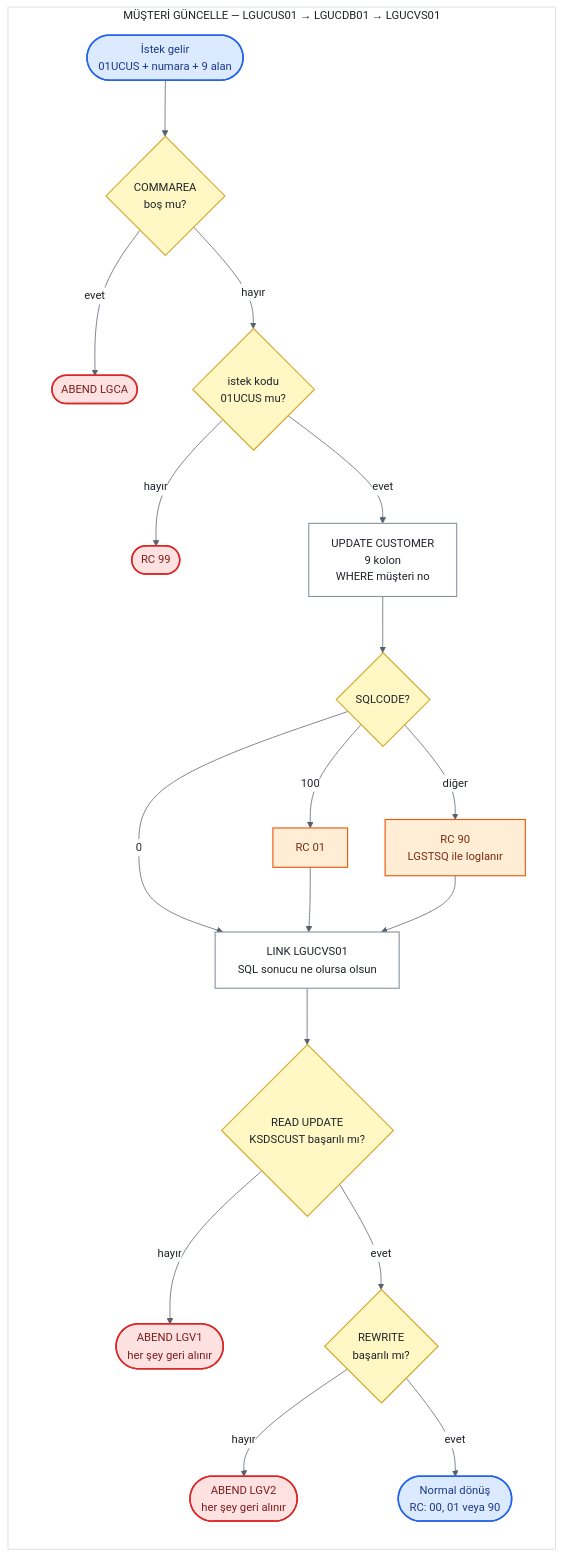
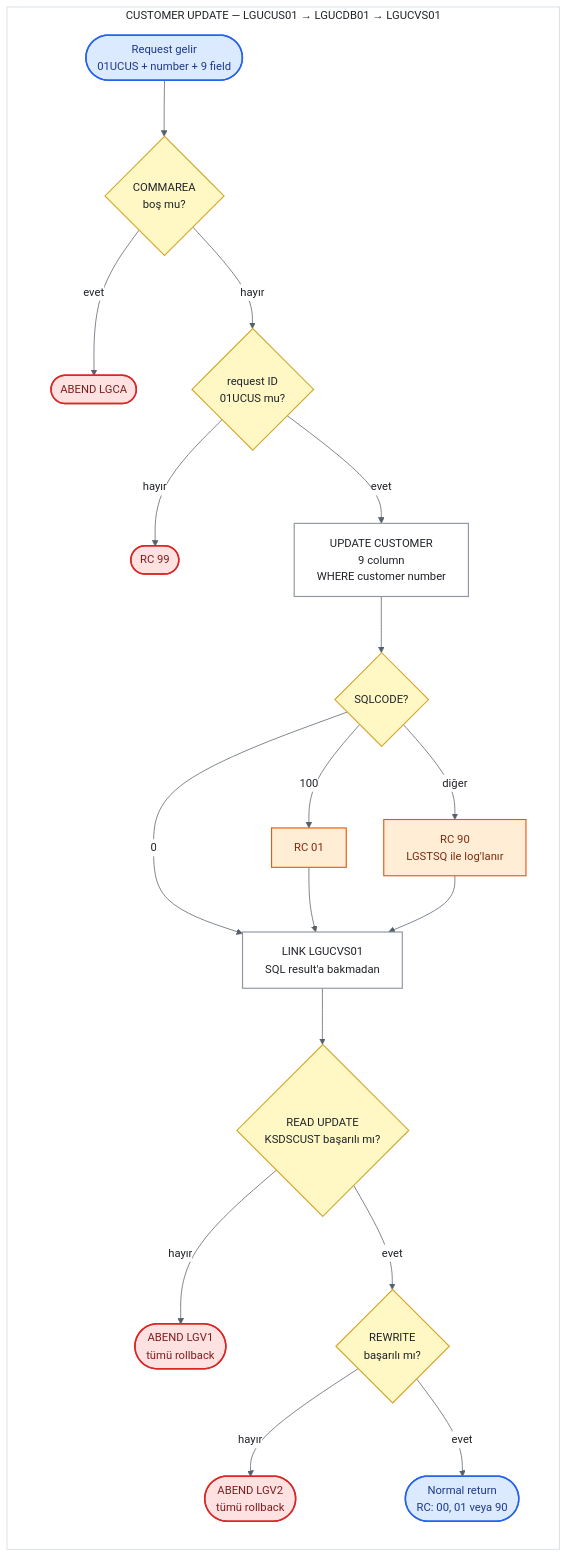
Before and after one commit to sertugser/genapp-dotnet: the diagram in legacy-analysis/use-cases/03-customer-update.md, drawn with Mermaid. The commit also changed other lines of this file and 2 other files, not shown here.

First line of the commit message:
Keep software terms in English in the customer use-case docs

````diff
--- a/legacy-analysis/use-cases/03-customer-update.md
+++ b/legacy-analysis/use-cases/03-customer-update.md
@@ -27,50 +27,48 @@
 ```mermaid
 %%{init: {"theme": "base", "look": "classic", "themeVariables": {"background": "#ffffff", "primaryColor": "#ffffff", "primaryTextColor": "#1f2328", "primaryBorderColor": "#8c959f", "lineColor": "#57606a", "textColor": "#1f2328", "titleColor": "#1f2328", "clusterBkg": "#ffffff", "clusterBorder": "#d0d7de", "edgeLabelBackground": "#ffffff", "fontSize": "15px"}}}%%
 flowchart TD
-    subgraph ZEMIN["MÜŞTERİ GÜNCELLE — LGUCUS01 → LGUCDB01 → LGUCVS01"]
+    subgraph ZEMIN["CUSTOMER UPDATE — LGUCUS01 → LGUCDB01 → LGUCVS01"]
         direction TD
-        S(["İstek gelir<br/>01UCUS + numara + 9 alan"])
+        S(["Request gelir<br/>01UCUS + number + 9 field"])
         Q1{"COMMAREA<br/>boş mu?"}
-        Q2{"istek kodu<br/>01UCUS mu?"}
-        U["UPDATE CUSTOMER<br/>9 kolon<br/>WHERE müşteri no"]
+        Q2{"request ID<br/>01UCUS mu?"}
+        U["UPDATE CUSTOMER<br/>9 column<br/>WHERE customer number"]
         Q3{"SQLCODE?"}
         C01["RC 01"]
-        C90["RC 90<br/>LGSTSQ ile loglanır"]
-        V["LINK LGUCVS01<br/>SQL sonucu ne olursa olsun"]
+        C90["RC 90<br/>LGSTSQ ile log'lanır"]
+        V["LINK LGUCVS01<br/>SQL result'a bakmadan"]
         Q4{"READ UPDATE<br/>KSDSCUST başarılı mı?"}
         Q5{"REWRITE<br/>başarılı mı?"}
-        END(["Normal dönüş<br/>RC: 00, 01 veya 90"])
+        END(["Normal return<br/>RC: 00, 01 veya 90"])
         A1(["ABEND LGCA"])
         R99(["RC 99"])
-        A2(["ABEND LGV1<br/>her şey geri alınır"])
-        A3(["ABEND LGV2<br/>her şey geri alınır"])
+        A2(["ABEND LGV1<br/>tümü rollback"])
+        A3(["ABEND LGV2<br/>tümü rollback"])
 
         S --> Q1
         Q1 -->|evet| A1
         Q1 -->|hayır| Q2
         Q2 -->|hayır| R99
         Q2 -->|evet| U --> Q3
         Q3 -->|0| V
         Q3 -->|100| C01 --> V
         Q3 -->|diğer| C90 --> V
         V --> Q4
         Q4 -->|hayır| A2
         Q4 -->|evet| Q5
         Q5 -->|hayır| A3
         Q5 -->|evet| END
     end
 
     classDef adim fill:#ffffff,stroke:#8c959f,color:#1f2328,stroke-width:1.5px
     classDef karar fill:#fff8c5,stroke:#d4a72c,color:#1f2328,stroke-width:1.5px
-    classDef basari fill:#dcfce7,stroke:#16a34a,color:#14532d,stroke-width:2px
     classDef hata fill:#fee2e2,stroke:#dc2626,color:#7f1d1d,stroke-width:2px
     classDef giris fill:#dbeafe,stroke:#2563eb,color:#1e3a8a,stroke-width:2px
     classDef ara fill:#ffedd5,stroke:#ea580c,color:#7c2d12,stroke-width:1.5px
-    class S giris
+    class S,END giris
     class U,V adim
     class Q1,Q2,Q3,Q4,Q5 karar
-    class END giris
     class A1,R99,A2,A3 hata
     class C01,C90 ara
     style ZEMIN fill:#ffffff,stroke:#d0d7de,color:#1f2328
 ```
````
